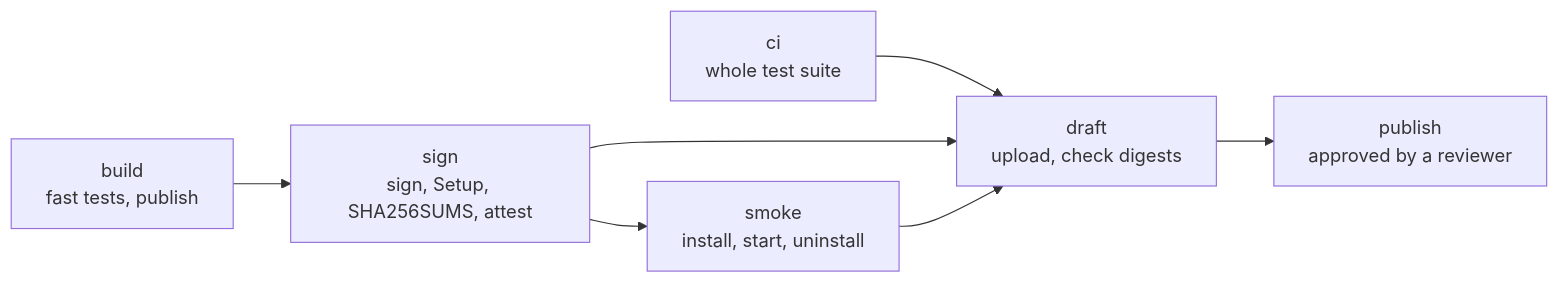
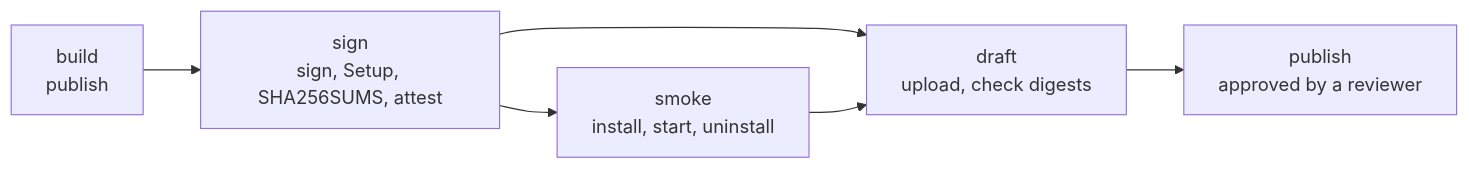
Before and after one commit to Albadit/DnnManager.NET: the diagram in .docs/releasing.md, drawn with Mermaid. The commit also changed other lines of this file and 8 other files, not shown here.

````diff
--- a/.docs/releasing.md
+++ b/.docs/releasing.md
@@ -146,9 +147,8 @@
 ```mermaid
 flowchart LR
-    ci["ci<br/>whole test suite"] --> draft
-    build["build<br/>fast tests, publish"] --> sign["sign<br/>sign, Setup, SHA256SUMS, attest"]
+    build["build<br/>publish"] --> sign["sign<br/>sign, Setup, SHA256SUMS, attest"]
     sign --> smoke["smoke<br/>install, start, uninstall"]
     sign --> draft["draft<br/>upload, check digests"]
     smoke --> draft
     draft --> publish["publish<br/>approved by a reviewer"]
 ```
````
